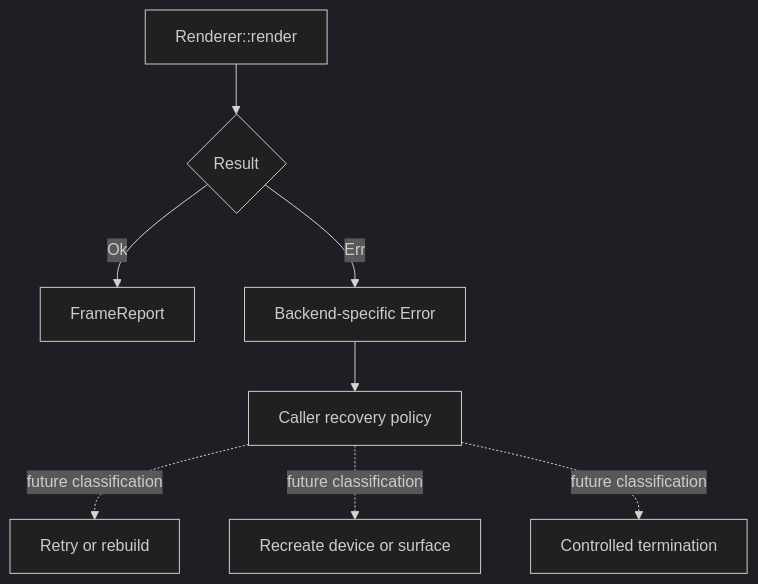
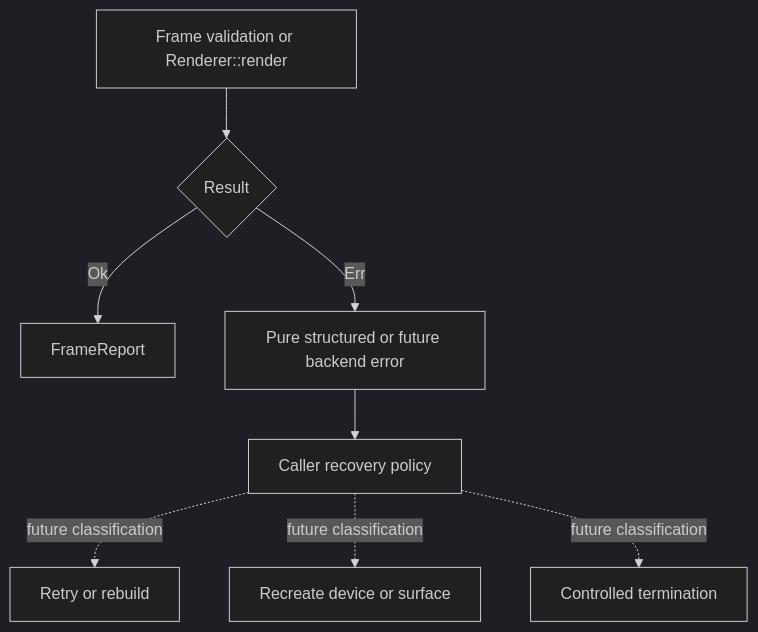
Before and after one commit to dbuddha/alpine-gpui: the sixth of 7 diagrams in ARCHITECTURE.md, drawn with Mermaid (dark theme). The commit also changed other lines of this file and 16 other files, not shown here.

````diff
--- a/ARCHITECTURE.md
+++ b/ARCHITECTURE.md
@@ -160,10 +200,10 @@
 ```mermaid
 flowchart TD
-    call["Renderer::render"] --> outcome{"Result"}
+    call["Frame validation or Renderer::render"] --> outcome{"Result"}
     outcome -->|"Ok"| report["FrameReport"]
-    outcome -->|"Err"| backend_error["Backend-specific Error"]
+    outcome -->|"Err"| backend_error["Pure structured or future backend error"]
     backend_error --> caller["Caller recovery policy"]
     caller -. "future classification" .-> retry["Retry or rebuild"]
     caller -. "future classification" .-> recreate["Recreate device or surface"]
     caller -. "future classification" .-> terminate["Controlled termination"]
 ```
````
